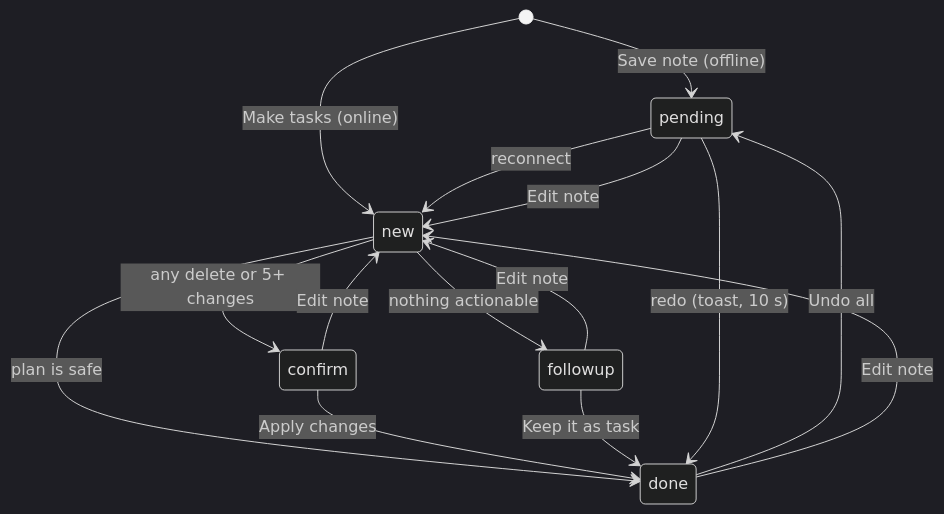
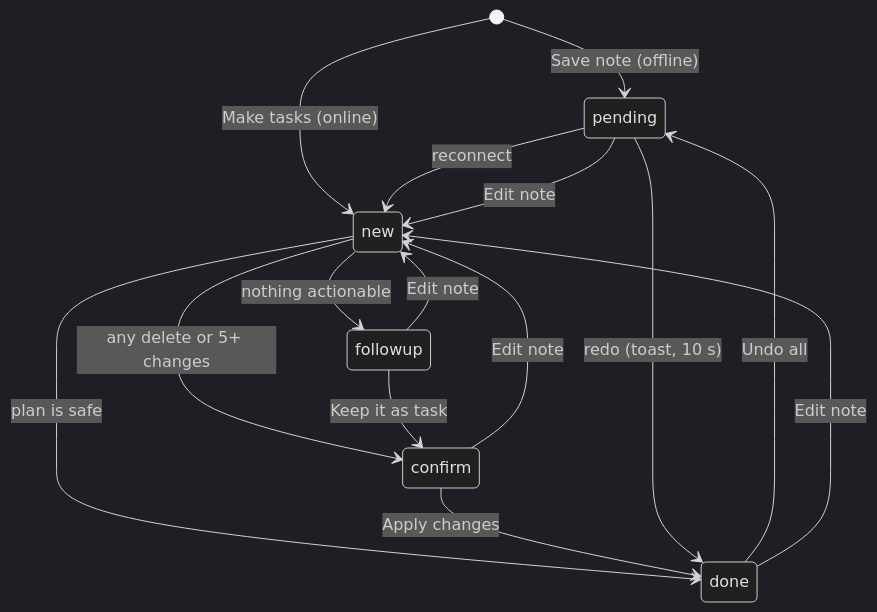
The third of 3 diagrams in docs/02-domain/domain.md (02bbits/Agendal), drawn with Mermaid (dark theme) before and after one commit. The commit also changed other lines of this file and 10 other files, not shown here.

First line of the commit message:
docs: Keep it as task, repeated redo and the draft copy (Refs #48, IM-49)

````diff
--- a/docs/02-domain/domain.md
+++ b/docs/02-domain/domain.md
@@ -169,17 +169,17 @@
 ```mermaid
 stateDiagram-v2
     [*] --> pending : Save note (offline)
     [*] --> new : Make tasks (online)
     pending --> new : reconnect
     new --> done : plan is safe
     new --> confirm : any delete or 5+ changes
     new --> followup : nothing actionable
     confirm --> done : Apply changes
-    followup --> done : Keep it as task
+    followup --> confirm : Keep it as task
     done --> pending : Undo all
     pending --> done : redo (toast, 10 s)
     done --> new : Edit note
     confirm --> new : Edit note
     followup --> new : Edit note
     pending --> new : Edit note
 ```
````
